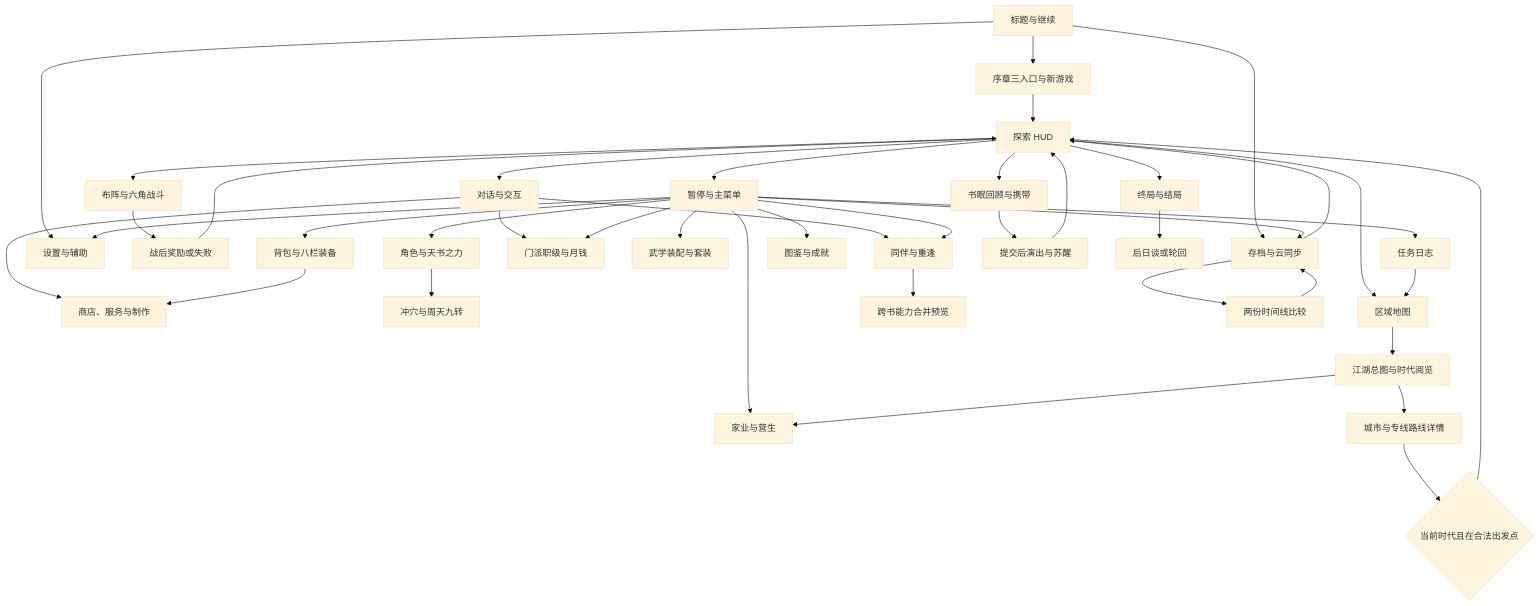
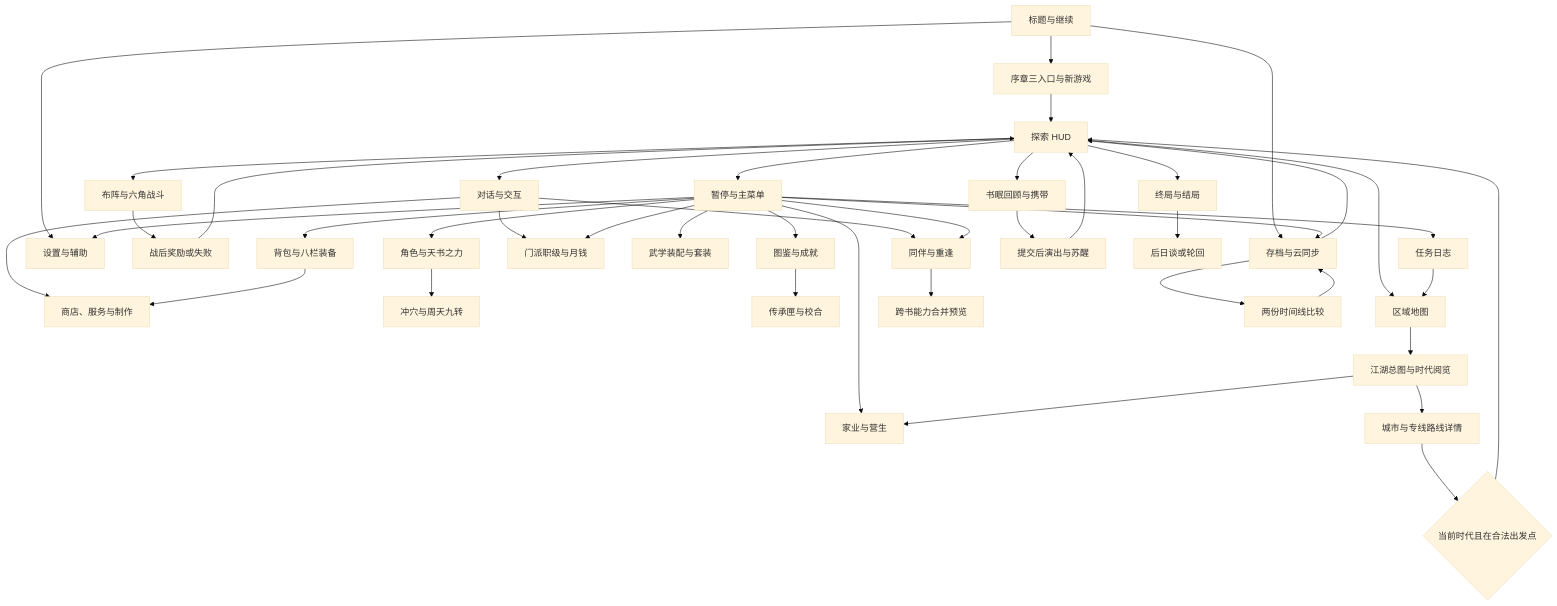
One commit to radarxc/jinyongqunxia changed the first of 2 diagrams in docs/design/14-ui-ux-mobile.md. Above: the diagram before and after it, drawn with Mermaid (base theme). The commit also changed other lines of this file and 19 other files, not shown here.

````diff
--- a/docs/design/14-ui-ux-mobile.md
+++ b/docs/design/14-ui-ux-mobile.md
@@ -269,43 +269,44 @@
 ```mermaid
 flowchart TD
   Title[标题与继续] --> Start[序章三入口与新游戏]
   Title --> Saves[存档与云同步]
   Title --> Settings[设置与辅助]
   Start --> Explore[探索 HUD]
   Saves --> Explore
   Explore --> Battle[布阵与六角战斗]
   Battle --> Result[战后奖励或失败]
   Result --> Explore
   Explore --> Menu[暂停与主菜单]
   Explore --> Dialogue[对话与交互]
   Dialogue --> Trade[商店、服务与制作]
   Bag --> Trade
   Dialogue --> Companions[同伴与重逢]
   Dialogue --> Sect[门派职级与月钱]
   Menu --> Loadout[武学装配与套装]
   Menu --> Bag[背包与八栏装备]
   Menu --> Role[角色与天书之力]
   Role --> Meridian[冲穴与周天九转]
   Menu --> Codex[图鉴与成就]
   Menu --> Quests[任务日志]
   Menu --> Companions
   Menu --> Sect
   Menu --> Estates[家业与营生]
+  Codex --> Legacy[传承匣与校合]
   Menu --> Saves
   Menu --> Settings
   Explore --> LocalMap[区域地图]
   LocalMap --> Jianghu[江湖总图与时代阅览]
   Quests --> LocalMap
   Jianghu --> Route[城市与专线路线详情]
   Route --> Travel{当前时代且在合法出发点}
   Travel --> Explore
   Jianghu --> Estates
   Companions --> Merge[跨书能力合并预览]
   Explore --> Sleep[书眠回顾与携带]
   Sleep --> Wake[提交后演出与苏醒]
   Wake --> Explore
   Saves --> Conflict[两份时间线比较]
   Conflict --> Saves
   Explore --> Finale[终局与结局]
   Finale --> Replay[后日谈或轮回]
 ```
````
